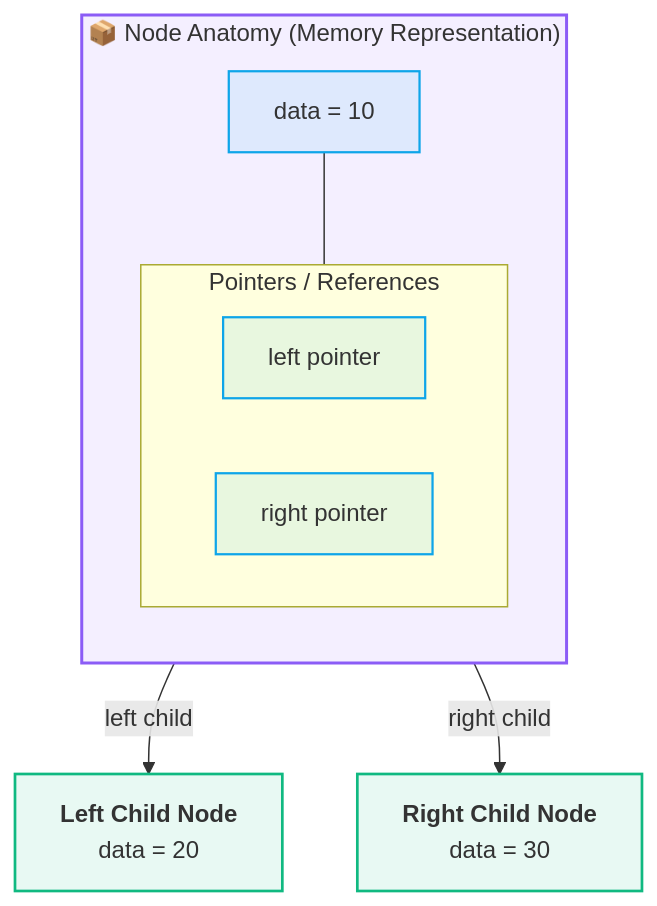
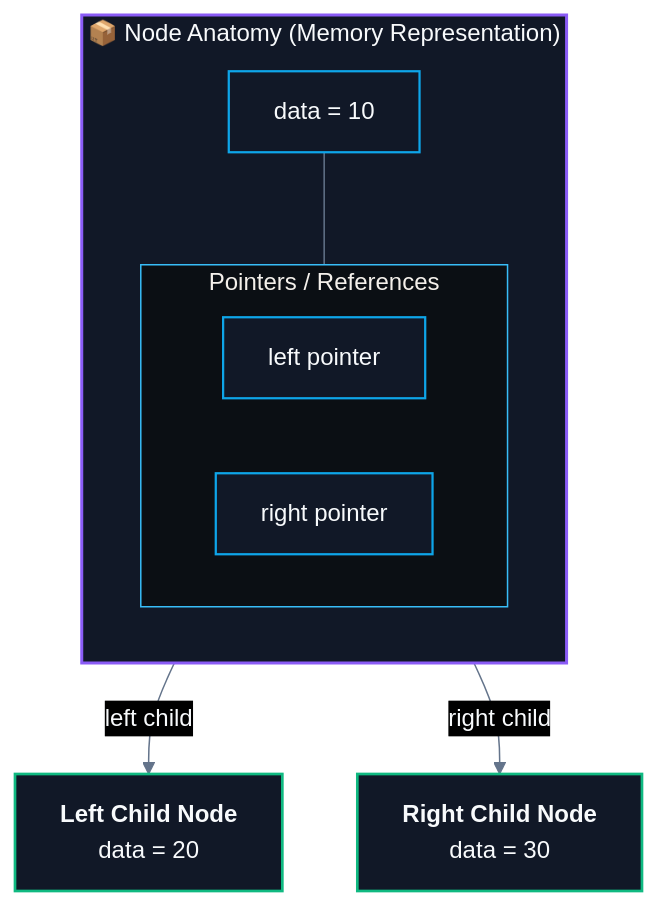
One commit to abhinavbharti2345/CS_Notes changed the third of 8 diagrams in CS/DSA/07. Trees & BSTs/01. Binary Tree Fundamentals.md. Above: the diagram before and after it, drawn with Mermaid. The commit also changed other lines of this file and 195 other files, not shown here.

````diff
--- a/CS/DSA/07. Trees & BSTs/01. Binary Tree Fundamentals.md
+++ b/CS/DSA/07. Trees & BSTs/01. Binary Tree Fundamentals.md
@@ -98,23 +100,24 @@
 ```mermaid
+%%{init: {'theme': 'base', 'themeVariables': { 'darkMode': true, 'background': '#0B0F14', 'mainBkg': '#111827', 'primaryColor': '#111827', 'primaryTextColor': '#F8FAFC', 'primaryBorderColor': '#38BDF8', 'lineColor': '#64748B', 'secondaryColor': '#0B0F14', 'tertiaryColor': '#0B0F14', 'clusterBkg': '#0B0F14', 'clusterBorder': '#38BDF8' }}}%%
 flowchart TD
     subgraph Node ["📦 Node Anatomy (Memory Representation)"]
         direction TB
         Data["data = 10"]
         subgraph Ptrs ["Pointers / References"]
             direction LR
             Left["left pointer"]
             Right["right pointer"]
         end
         Data --- Ptrs
     end
 
     Left -->|left child| LChild["<b>Left Child Node</b><br/>data = 20"]
     Right -->|right child| RChild["<b>Right Child Node</b><br/>data = 30"]
 
-    classDef nodeBox fill:#8b5cf618,stroke:#8b5cf6,stroke-width:2px;
-    classDef field fill:#0ea5e918,stroke:#0ea5e9,stroke-width:1.5px;
-    classDef child fill:#10b98118,stroke:#10b981,stroke-width:1.8px;
+    classDef nodeBox fill:#111827,stroke:#8b5cf6,stroke-width:2px,color:#F8FAFC;
+    classDef field fill:#111827,stroke:#0ea5e9,stroke-width:1.5px,color:#F8FAFC;
+    classDef child fill:#111827,stroke:#10b981,stroke-width:1.8px,color:#F8FAFC;
     class Node nodeBox;
     class Data,Left,Right field;
     class LChild,RChild child;
 ```
````
